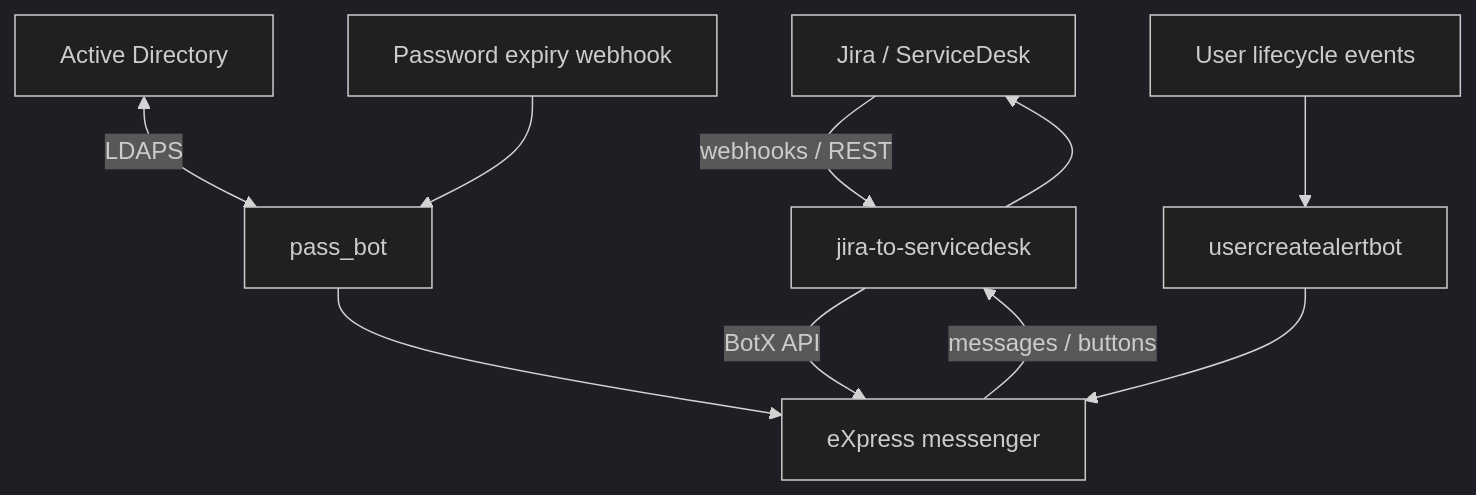
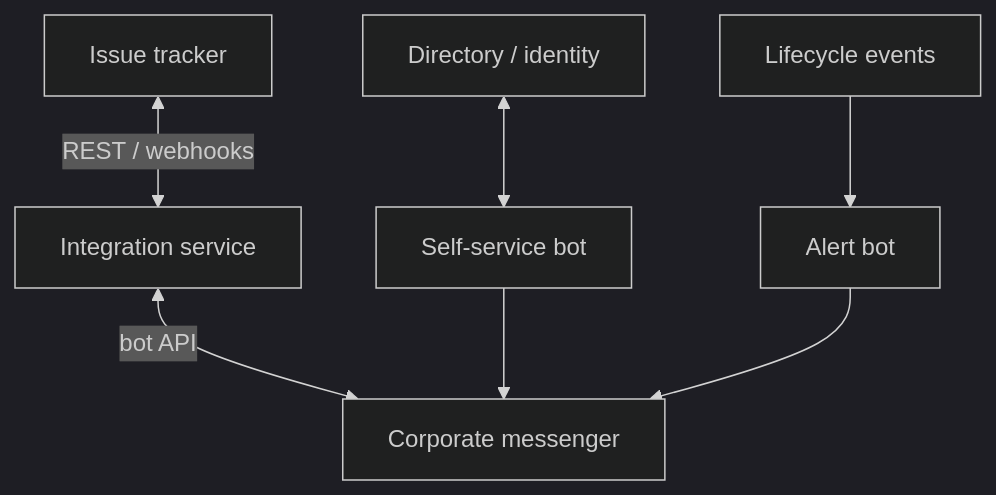
One commit to artyom-ai-dev/portfolio changed the second of 2 diagrams in README.md. Above: the diagram before and after it, drawn with Mermaid (dark theme). The commit also changed other lines of this file and 4 other files, not shown here.

````diff
--- a/README.md
+++ b/README.md
@@ -55,14 +35,9 @@
 ```mermaid
 flowchart TB
-  J[Jira / ServiceDesk] -->|webhooks / REST| B1[jira-to-servicedesk]
-  B1 -->|BotX API| EX[eXpress messenger]
-  EX -->|messages / buttons| B1
-  B1 --> J
-
-  AD[Active Directory] <--LDAPS--> PB[pass_bot]
-  WH[Password expiry webhook] --> PB
-  PB --> EX
-
-  EV[User lifecycle events] --> AL[usercreatealertbot]
-  AL --> EX
+  Tracker[Issue tracker] <-->|REST / webhooks| Bridge[Integration service]
+  Bridge <-->|bot API| Chat[Corporate messenger]
+  Directory[Directory / identity] <--> Bot[Self-service bot]
+  Events[Lifecycle events] --> Alerts[Alert bot]
+  Bot --> Chat
+  Alerts --> Chat
 ```
````
